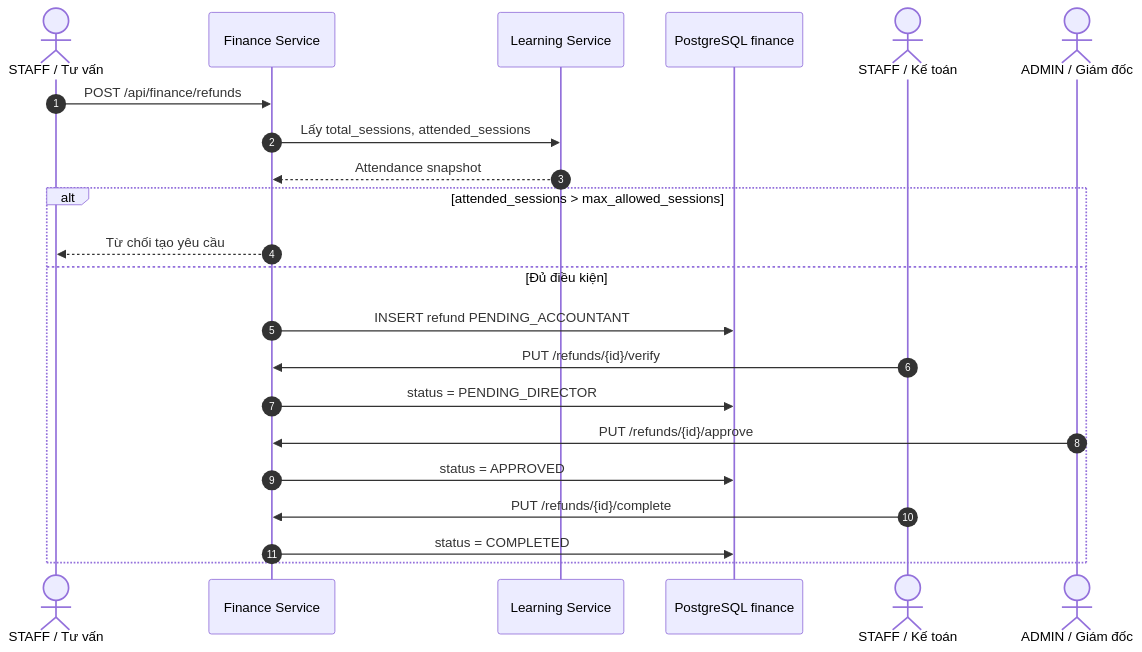
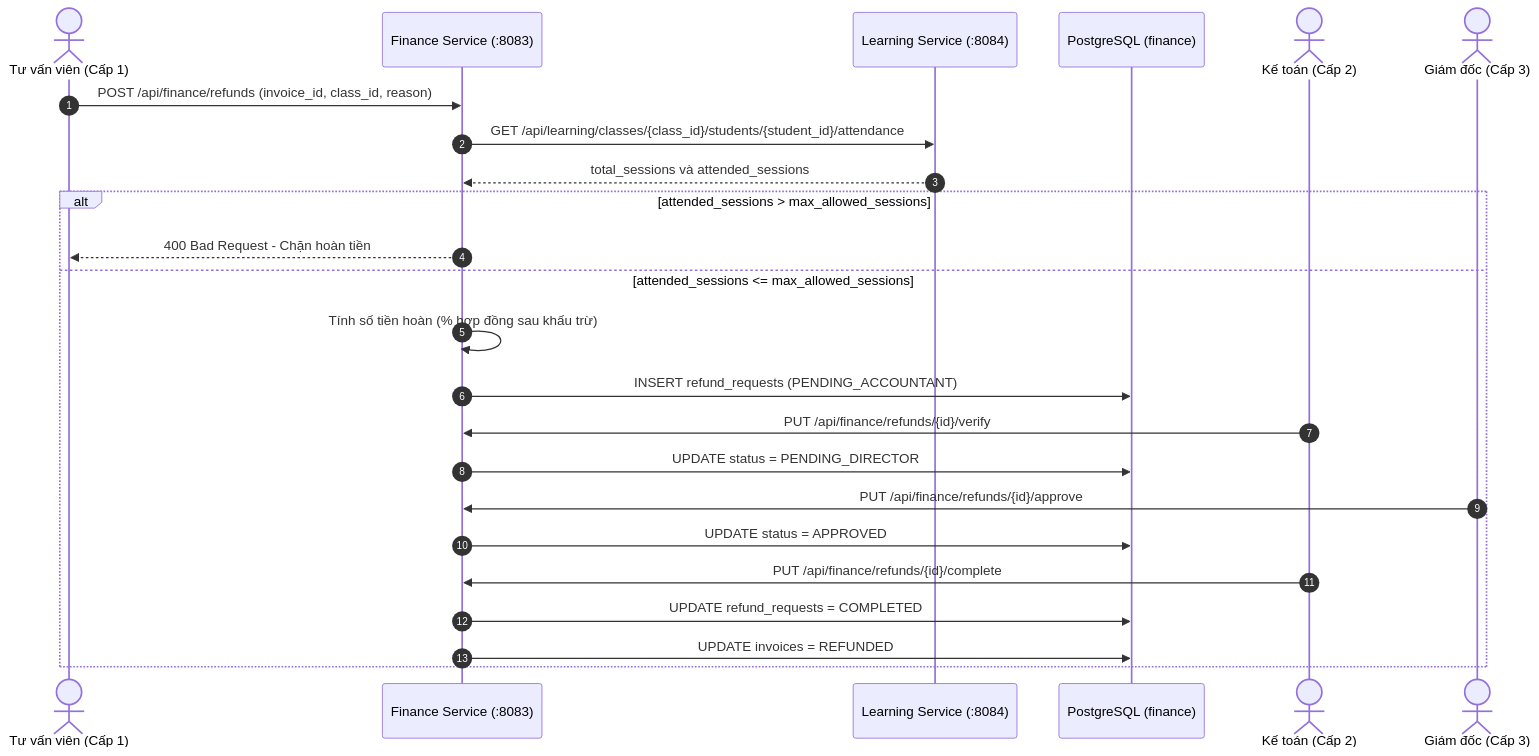
The third of 4 diagrams in services/finance/docs/finance-uml-spec.md (133mSS/english_center), drawn with Mermaid before and after one commit. The commit also changed other lines of this file, not shown here.

Commit message:
docs(finance): rebuild UML diagrams with eight finance entities

````diff
--- a/services/finance/docs/finance-uml-spec.md
+++ b/services/finance/docs/finance-uml-spec.md
@@ -335,25 +147,28 @@
 ```mermaid
 sequenceDiagram
     autonumber
-    actor Advisor as STAFF / Tư vấn
-    participant Finance as Finance Service
-    participant Learning as Learning Service
-    participant DB as PostgreSQL finance
-    actor Accountant as STAFF / Kế toán
-    actor Director as ADMIN / Giám đốc
+    actor Advisor as Tư vấn viên (Cấp 1)
+    participant Fin as Finance Service (:8083)
+    participant Learn as Learning Service (:8084)
+    participant DB as PostgreSQL (finance)
+    actor Accountant as Kế toán (Cấp 2)
+    actor Director as Giám đốc (Cấp 3)
 
-    Advisor->>Finance: POST /api/finance/refunds
-    Finance->>Learning: Lấy total_sessions, attended_sessions
-    Learning-->>Finance: Attendance snapshot
+    Advisor->>Fin: POST /api/finance/refunds (invoice_id, class_id, reason)
+    Fin->>Learn: GET /api/learning/classes/{class_id}/students/{student_id}/attendance
+    Learn-->>Fin: total_sessions và attended_sessions
+
     alt attended_sessions > max_allowed_sessions
-      Finance-->>Advisor: Từ chối tạo yêu cầu
-    else Đủ điều kiện
-      Finance->>DB: INSERT refund PENDING_ACCOUNTANT
-      Accountant->>Finance: PUT /refunds/{id}/verify
-      Finance->>DB: status = PENDING_DIRECTOR
-      Director->>Finance: PUT /refunds/{id}/approve
-      Finance->>DB: status = APPROVED
-      Accountant->>Finance: PUT /refunds/{id}/complete
-      Finance->>DB: status = COMPLETED
+        Fin-->>Advisor: 400 Bad Request - Chặn hoàn tiền
+    else attended_sessions <= max_allowed_sessions
+        Fin->>Fin: Tính số tiền hoàn (% hợp đồng sau khấu trừ)
+        Fin->>DB: INSERT refund_requests (PENDING_ACCOUNTANT)
+        Accountant->>Fin: PUT /api/finance/refunds/{id}/verify
+        Fin->>DB: UPDATE status = PENDING_DIRECTOR
+        Director->>Fin: PUT /api/finance/refunds/{id}/approve
+        Fin->>DB: UPDATE status = APPROVED
+        Accountant->>Fin: PUT /api/finance/refunds/{id}/complete
+        Fin->>DB: UPDATE refund_requests = COMPLETED
+        Fin->>DB: UPDATE invoices = REFUNDED
     end
 ```
````
